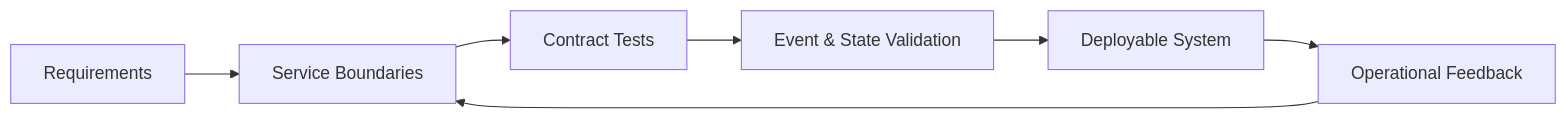
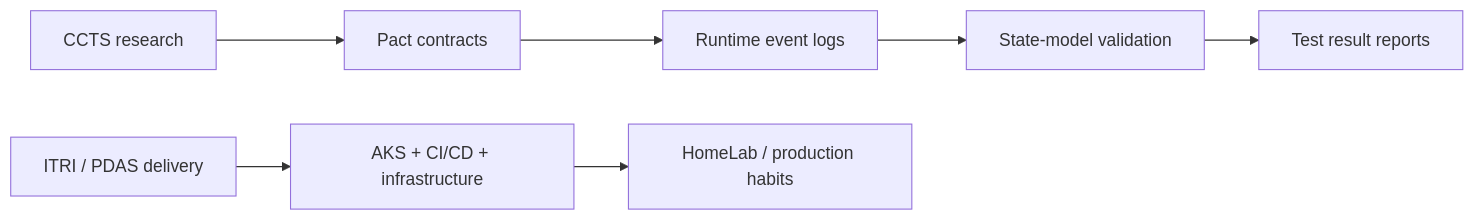
Before and after one commit to DF-wu/DF-wu: the diagram in README.md, drawn with Mermaid. The commit also changed other lines of this file and 3 other files, not shown here.

````diff
--- a/README.md
+++ b/README.md
@@ -34,9 +36,9 @@
 ```mermaid
 flowchart LR
-  A[Requirements] --> B[Service Boundaries]
-  B --> C[Contract Tests]
-  C --> D[Event & State Validation]
-  D --> E[Deployable System]
-  E --> F[Operational Feedback]
-  F --> B
+  Research[CCTS research] --> Contracts[Pact contracts]
+  Contracts --> Events[Runtime event logs]
+  Events --> States[State-model validation]
+  States --> Reports[Test result reports]
+  Delivery[ITRI / PDAS delivery] --> Infra[AKS + CI/CD + infrastructure]
+  Infra --> Ops[HomeLab / production habits]
 ```
````
